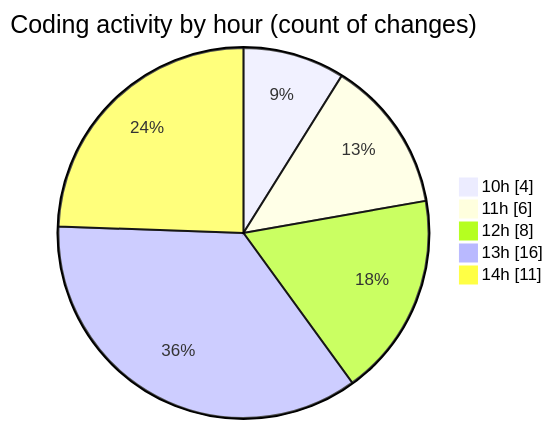
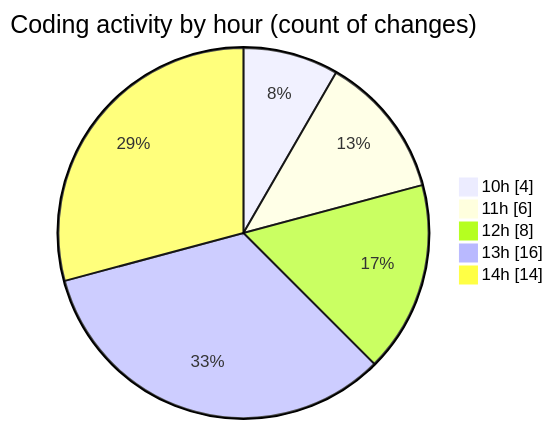
One commit to LanceThiago/code-tracking changed the second of 2 diagrams in 2025-10-03/totem2/README.md. Above: the diagram before and after it, drawn with Mermaid. The commit also changed other lines of this file and 1 other file, not shown here.

````diff
--- a/2025-10-03/totem2/README.md
+++ b/2025-10-03/totem2/README.md
@@ -30,9 +30,9 @@
 ```mermaid
 pie showData
 title Coding activity by hour (count of changes)
 "10h" : 4
 "11h" : 6
 "12h" : 8
 "13h" : 16
-"14h" : 11
+"14h" : 14
 ```
````
